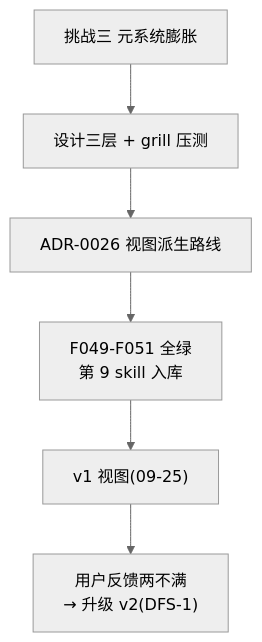
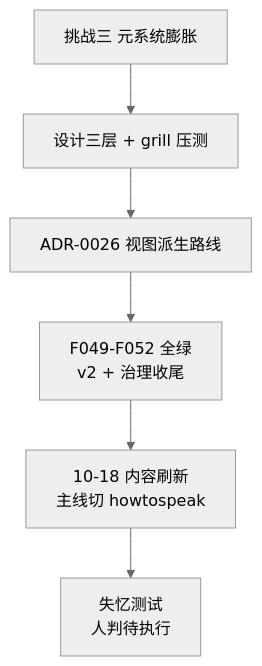
One commit to code-cycler/info-driven-ai-se-harness-engineering changed the sixth of 6 diagrams in PROJECT-OVERVIEW.md. Above: the diagram before and after it, drawn with Mermaid (neutral theme). The commit also changed other lines of this file and 16 other files, not shown here.

````diff
--- a/PROJECT-OVERVIEW.md
+++ b/PROJECT-OVERVIEW.md
@@ -204,8 +220,8 @@
 ```mermaid
 flowchart TD
     V1c["挑战三 元系统膨胀"] --> V2c["设计三层 + grill 压测"]
     V2c --> V3c["ADR-0026 视图派生路线"]
-    V3c --> V4c["F049-F051 全绿<br/>第 9 skill 入库"]
-    V4c --> V5c["v1 视图(09-25)"]
-    V5c --> V6c["用户反馈两不满<br/>→ 升级 v2(DFS-1)"]
+    V3c --> V4c["F049-F052 全绿<br/>v2 + 治理收尾"]
+    V4c --> V5c["10-18 内容刷新<br/>主线切 howtospeak"]
+    V5c --> V6c["失忆测试<br/>人判待执行"]
 ```
````
